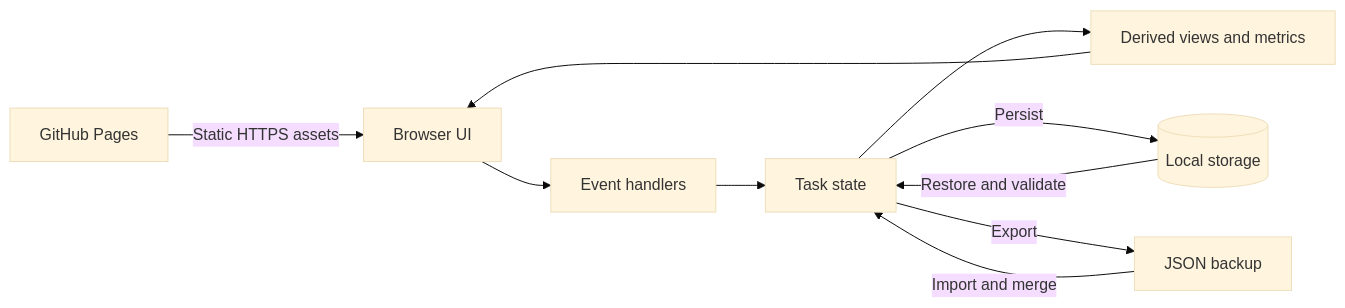
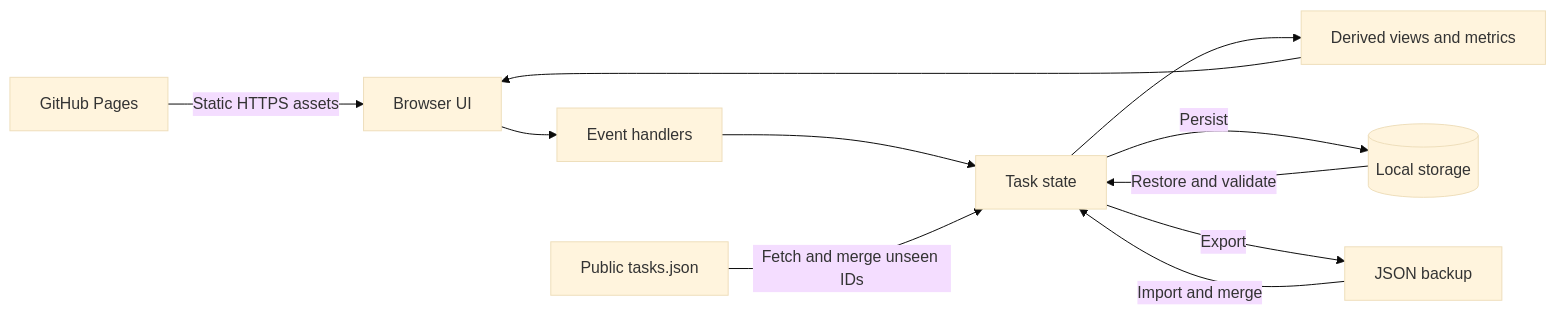
The first of 2 diagrams in README.md (varunjakkampudi-tech/daily-checklist), drawn with Mermaid (base theme) before and after one commit. The commit also changed other lines of this file, not shown here.

````diff
--- a/README.md
+++ b/README.md
@@ -39,12 +39,13 @@
 ```mermaid
 flowchart LR
     P[GitHub Pages] -->|Static HTTPS assets| U[Browser UI]
     U --> H[Event handlers]
     H --> S[Task state]
     S --> V[Derived views and metrics]
     V --> U
     S -->|Persist| L[(Local storage)]
     L -->|Restore and validate| S
+    Q[Public tasks.json] -->|Fetch and merge unseen IDs| S
     J[JSON backup] -->|Import and merge| S
     S -->|Export| J
 ```
````
